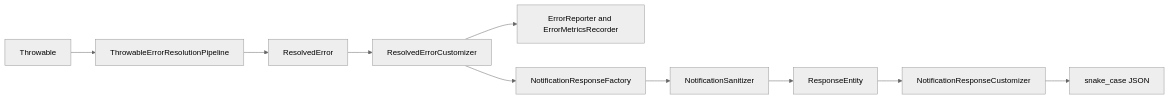
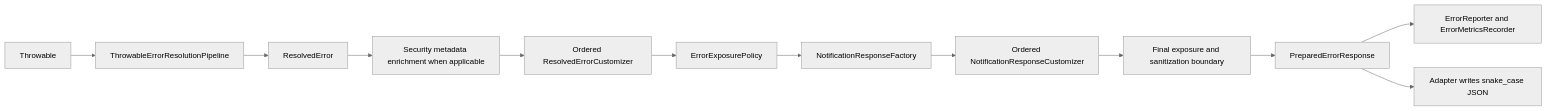
One commit to Gazu/spring-boot-service-framework changed the diagram in docs/error-handling.md. Above: the diagram before and after it, drawn with Mermaid (neutral theme). The commit also changed other lines of this file and 398 other files, not shown here.

````diff
--- a/docs/error-handling.md
+++ b/docs/error-handling.md
@@ -117,12 +126,14 @@
 ```mermaid
 flowchart LR
     Failure["Throwable"] --> Resolver["ThrowableErrorResolutionPipeline"]
     Resolver --> Resolved["ResolvedError"]
-    Resolved --> Customize["ResolvedErrorCustomizer"]
-    Customize --> Report["ErrorReporter and ErrorMetricsRecorder"]
-    Customize --> Factory["NotificationResponseFactory"]
-    Factory --> Sanitize["NotificationSanitizer"]
-    Sanitize --> Response["ResponseEntity<Notification>"]
-    Response --> ResponseCustomize["NotificationResponseCustomizer"]
-    ResponseCustomize --> Json["snake_case JSON"]
+    Resolved --> SecurityMetadata["Security metadata enrichment when applicable"]
+    SecurityMetadata --> Customize["Ordered ResolvedErrorCustomizer"]
+    Customize --> Exposure["ErrorExposurePolicy"]
+    Exposure --> Factory["NotificationResponseFactory"]
+    Factory --> ResponseCustomize["Ordered NotificationResponseCustomizer"]
+    ResponseCustomize --> Safety["Final exposure and sanitization boundary"]
+    Safety --> Prepared["PreparedErrorResponse"]
+    Prepared --> Report["ErrorReporter and ErrorMetricsRecorder"]
+    Prepared --> Json["Adapter writes snake_case JSON"]
 ```
````
